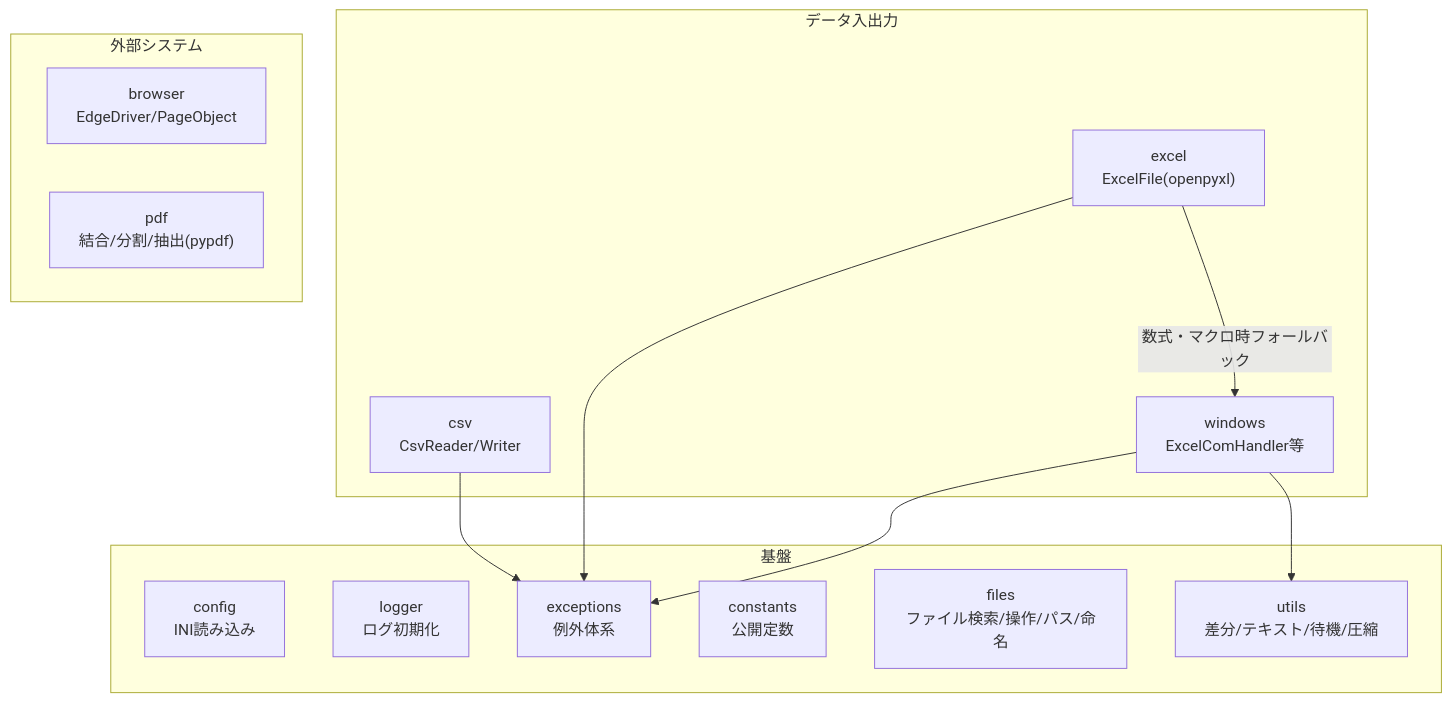
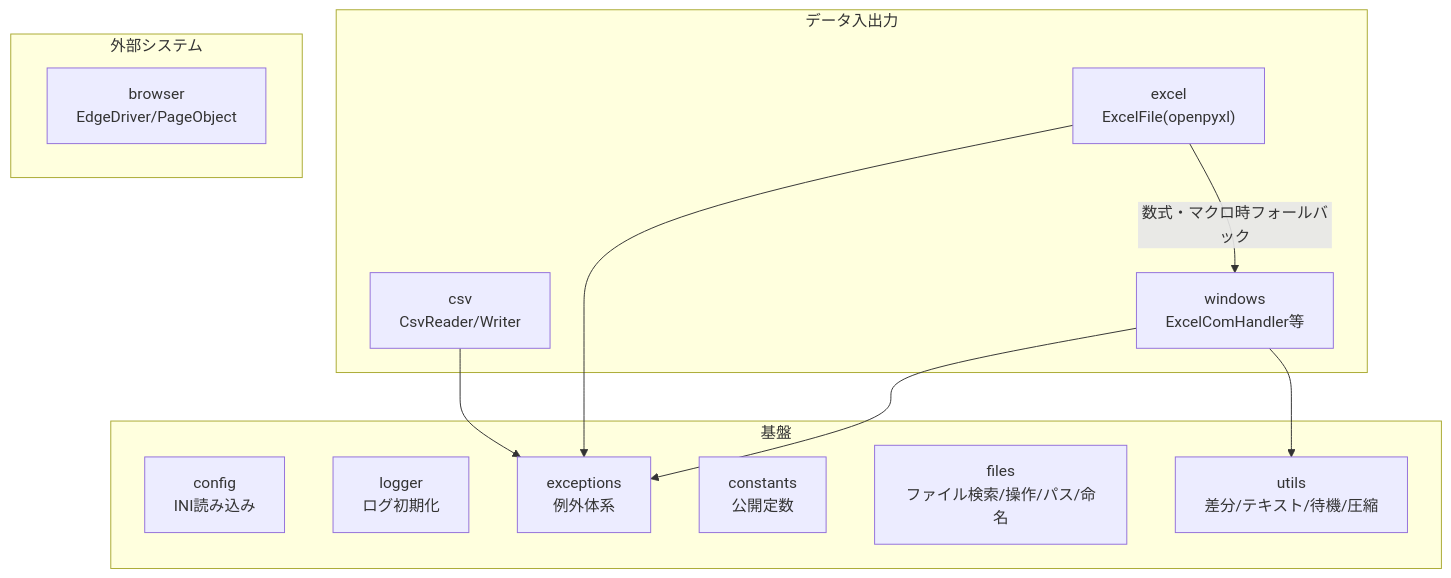
The diagram in 仕様書.md (tenniscorecom/comken), drawn with Mermaid before and after one commit. The commit also changed other lines of this file and 11 other files, not shown here.

Commit message:
pdf モジュールを撤去（pypdf 依存も削除）

````diff
--- a/仕様書.md
+++ b/仕様書.md
@@ -44,25 +44,24 @@
 ```mermaid
 graph TD
     subgraph 基盤
         config["config\nINI読み込み"]
         logger["logger\nログ初期化"]
         exceptions["exceptions\n例外体系"]
         constants["constants\n公開定数"]
         files["files\nファイル検索/操作/パス/命名"]
         utils["utils\n差分/テキスト/待機/圧縮"]
     end
     subgraph データ入出力
         csv["csv\nCsvReader/Writer"]
         excel["excel\nExcelFile(openpyxl)"]
         windows["windows\nExcelComHandler等"]
     end
     subgraph 外部システム
         browser["browser\nEdgeDriver/PageObject"]
-        pdf["pdf\n結合/分割/抽出(pypdf)"]
     end
     excel -->|数式・マクロ時フォールバック| windows
     windows --> exceptions
     windows --> utils
     excel --> exceptions
     csv --> exceptions
 ```
````
